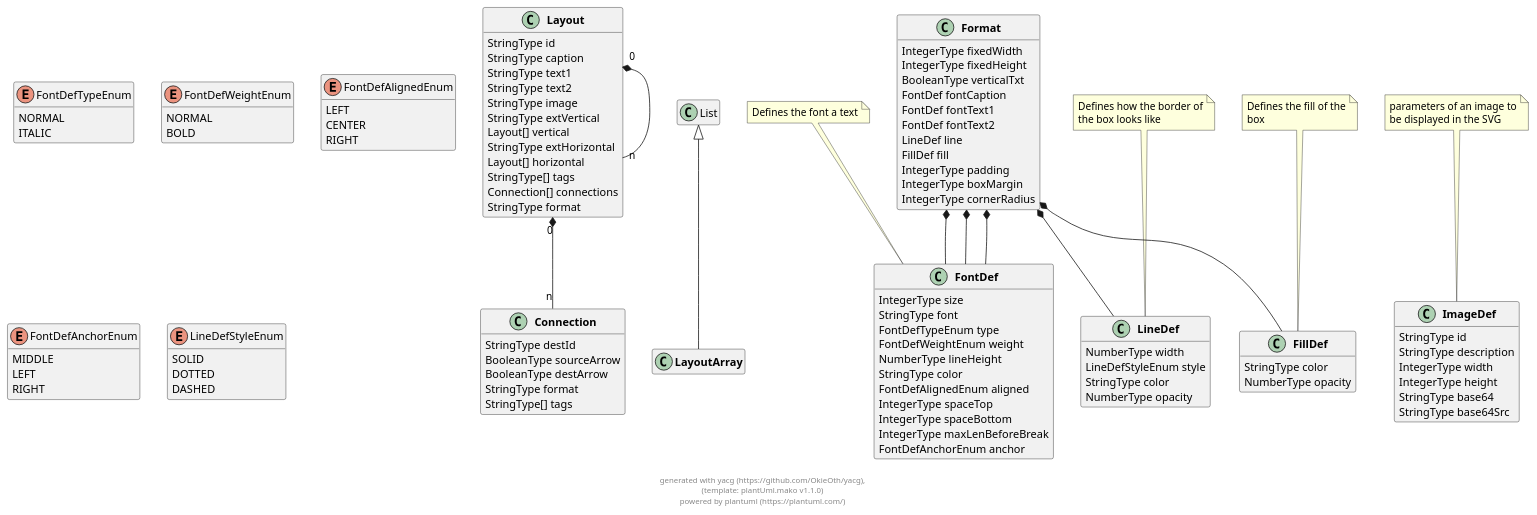
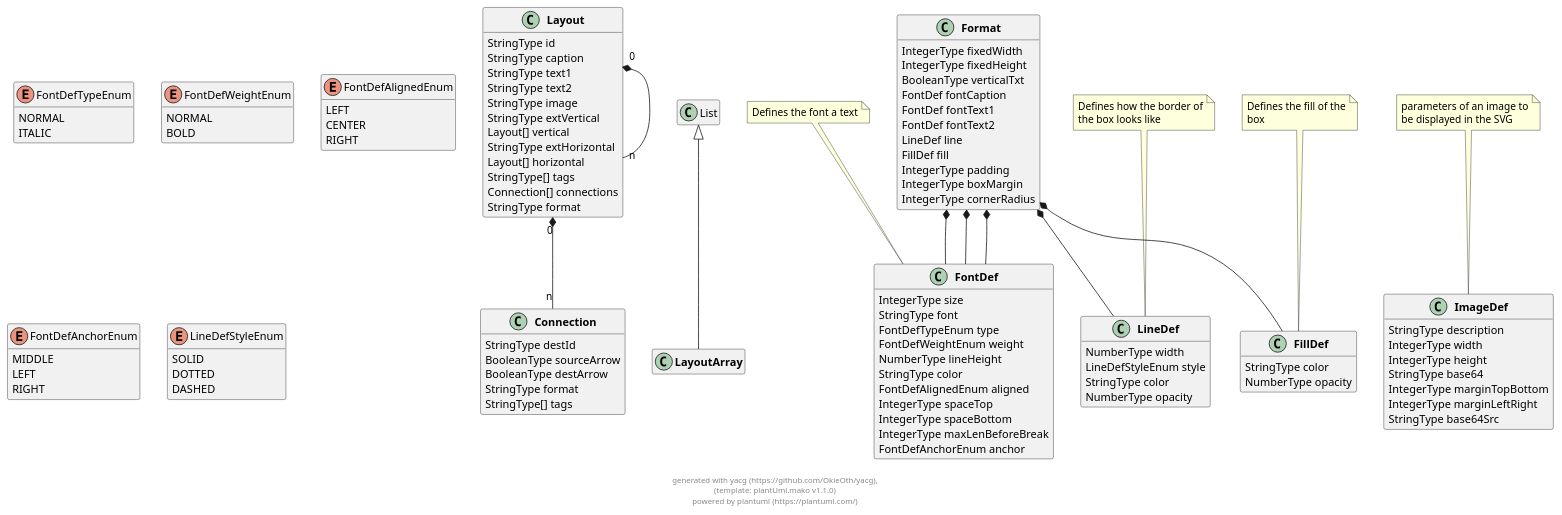
Before and after one commit to OkieOth/draw.chart.things: the diagram in docs/models/puml/externals.puml, drawn with PlantUML. The commit also changed 43 other files, not shown here.

```diff
--- a/docs/models/puml/externals.puml
+++ b/docs/models/puml/externals.puml
@@ -114,11 +114,12 @@
  
 
 class "**ImageDef**" as ImageDef {
-        StringType id
         StringType description
         IntegerType width
         IntegerType height
         StringType base64
+        IntegerType marginTopBottom
+        IntegerType marginLeftRight
         StringType base64Src
 }
 note top: parameters of an image to\nbe displayed in the SVG
@@ -198,5 +199,6 @@
 
 
 
+
 footer \ngenerated with yacg (https://github.com/OkieOth/yacg),\n(template: plantUml.mako v1.1.0)\npowered by plantuml (https://plantuml.com/)
 @enduml
```
